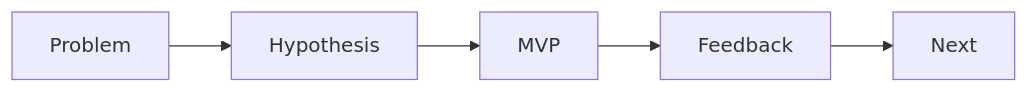
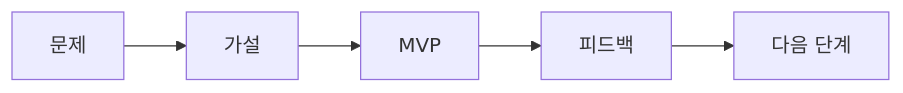
Before and after one commit to yeongseon-books/book-content: the diagram in content/capstone-project-101/ko/06-designing-the-mvp.md, drawn with Mermaid. The commit also changed other lines of this file and 3 other files, not shown here.

````diff
--- a/content/capstone-project-101/ko/06-designing-the-mvp.md
+++ b/content/capstone-project-101/ko/06-designing-the-mvp.md
@@ -33,7 +49,7 @@
 ```mermaid
 flowchart LR
-    P[Problem] --> H[Hypothesis]
+    P[문제] --> H[가설]
     H --> M[MVP]
-    M --> F[Feedback]
-    F --> N[Next]
+    M --> F[피드백]
+    F --> N[다음 단계]
 ```
````
